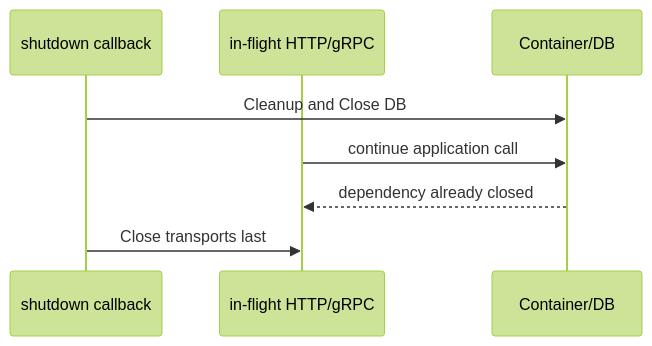
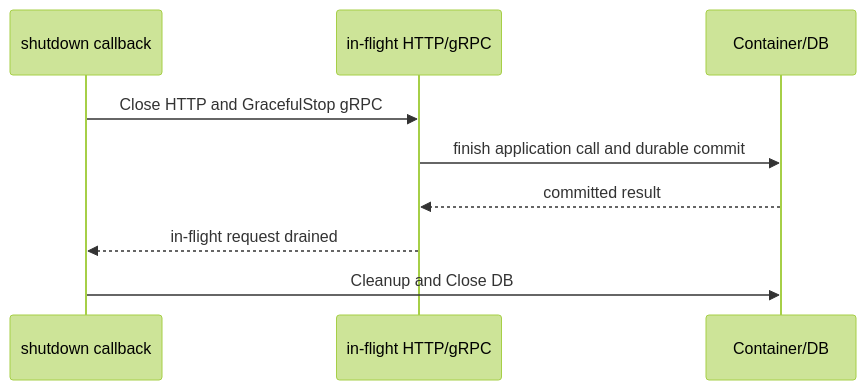
One commit to FangcunMount/qs-server changed the second of 2 diagrams in docs/01-运行时/07-优雅关闭与资源释放.md. Above: the diagram before and after it, drawn with Mermaid (forest theme). The commit also changed other lines of this file and 6 other files, not shown here.

````diff
--- a/docs/01-运行时/07-优雅关闭与资源释放.md
+++ b/docs/01-运行时/07-优雅关闭与资源释放.md
@@ -96,10 +96,11 @@
 ```mermaid
 sequenceDiagram
     participant S as shutdown callback
     participant H as in-flight HTTP/gRPC
     participant C as Container/DB
+    S->>H: Close HTTP and GracefulStop gRPC
+    H->>C: finish application call and durable commit
+    C-->>H: committed result
+    H-->>S: in-flight request drained
     S->>C: Cleanup and Close DB
-    H->>C: continue application call
-    C-->>H: dependency already closed
-    S->>H: Close transports last
 ```
````
